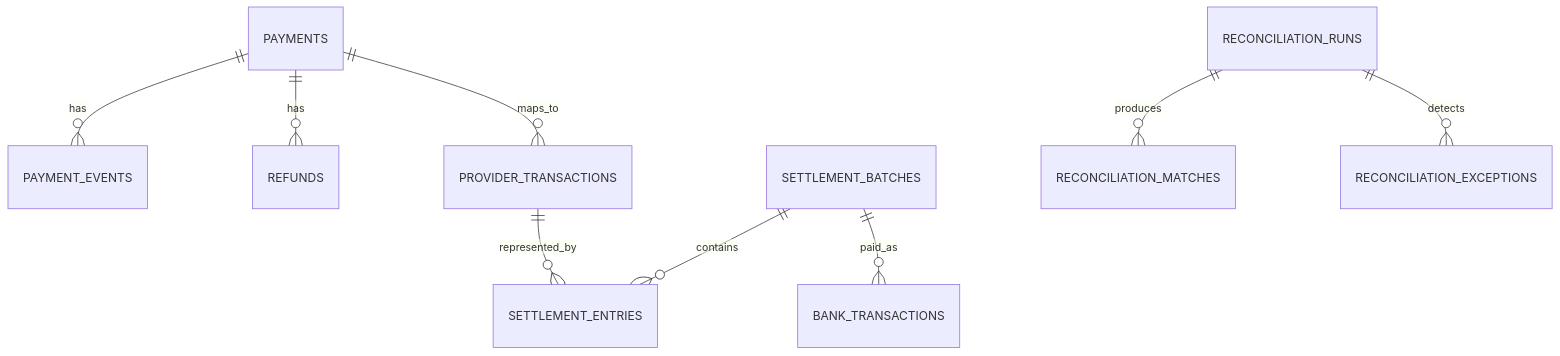
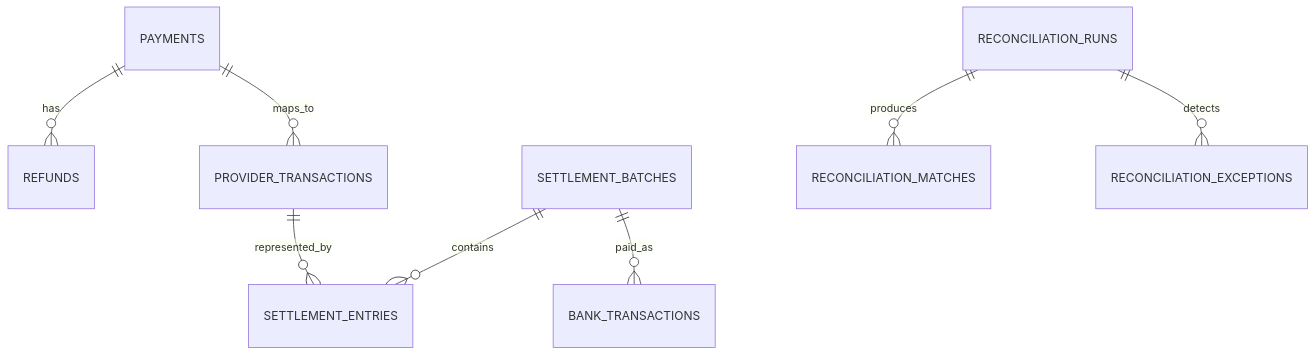
One commit to AvadhBhalodiya/Interview-Preparation changed the seventh of 8 diagrams in src/content/payments/reconciliation.md. Above: the diagram before and after it, drawn with Mermaid. The commit also changed other lines of this file and 54 other files, not shown here.

````diff
--- a/src/content/payments/reconciliation.md
+++ b/src/content/payments/reconciliation.md
@@ -725,11 +614,10 @@
 ```mermaid
 erDiagram
-    PAYMENTS ||--o{ PAYMENT_EVENTS : has
     PAYMENTS ||--o{ REFUNDS : has
     PAYMENTS ||--o{ PROVIDER_TRANSACTIONS : maps_to
     SETTLEMENT_BATCHES ||--o{ SETTLEMENT_ENTRIES : contains
     PROVIDER_TRANSACTIONS ||--o{ SETTLEMENT_ENTRIES : represented_by
     SETTLEMENT_BATCHES ||--o{ BANK_TRANSACTIONS : paid_as
     RECONCILIATION_RUNS ||--o{ RECONCILIATION_MATCHES : produces
     RECONCILIATION_RUNS ||--o{ RECONCILIATION_EXCEPTIONS : detects
 ```
````
